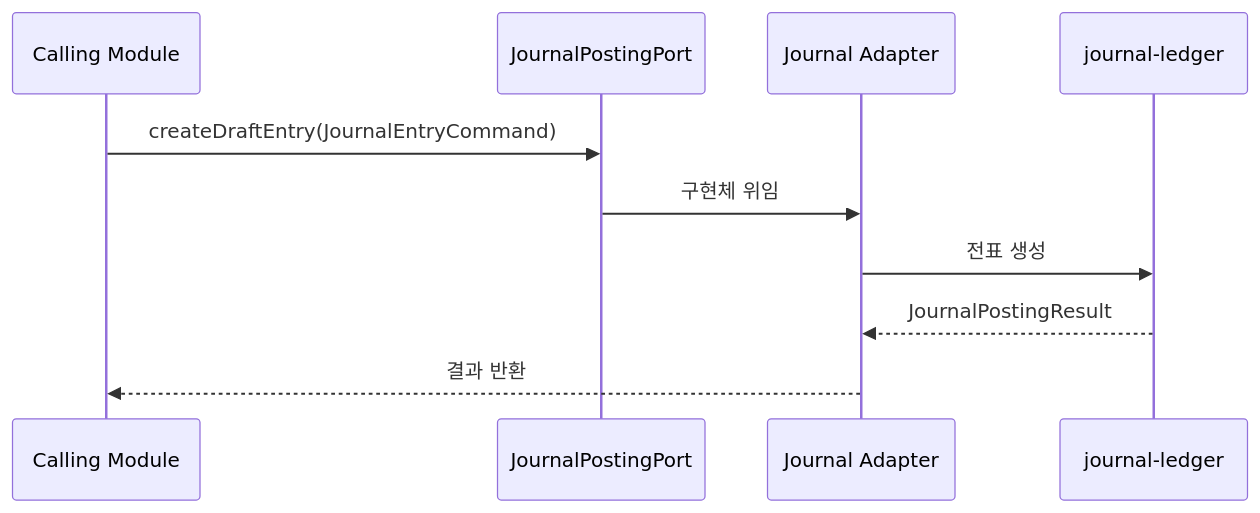
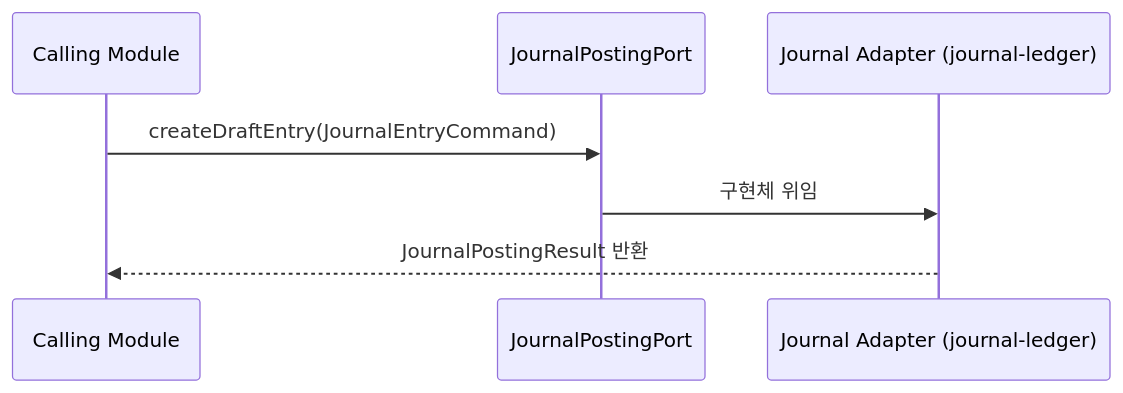
Before and after one commit to skyg547/account: the third of 4 diagrams in contracts/docs/process-flow.md, drawn with Mermaid. The commit also changed other lines of this file and 94 other files, not shown here.

````diff
--- a/contracts/docs/process-flow.md
+++ b/contracts/docs/process-flow.md
@@ -18,13 +33,10 @@
 ```mermaid
 sequenceDiagram
     participant Caller as Calling Module
     participant Port as JournalPostingPort
-    participant Impl as Journal Adapter
-    participant Journal as journal-ledger
+    participant Impl as Journal Adapter (journal-ledger)
 
     Caller->>Port: createDraftEntry(JournalEntryCommand)
     Port->>Impl: 구현체 위임
-    Impl->>Journal: 전표 생성
-    Journal-->>Impl: JournalPostingResult
-    Impl-->>Caller: 결과 반환
+    Impl-->>Caller: JournalPostingResult 반환
 ```
````
